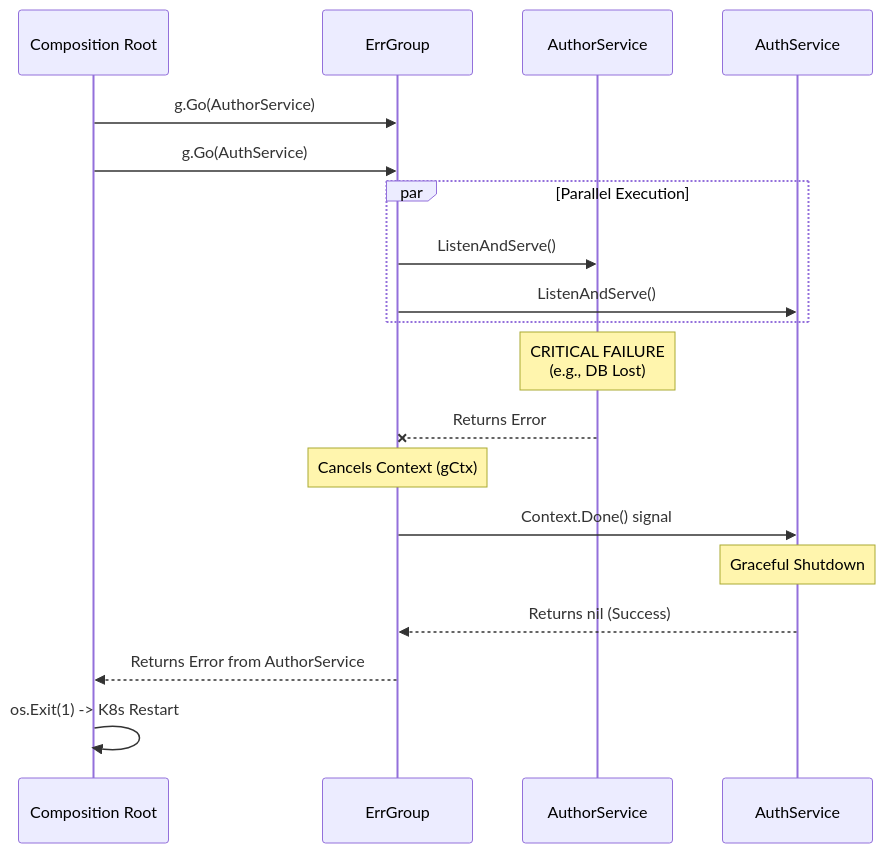
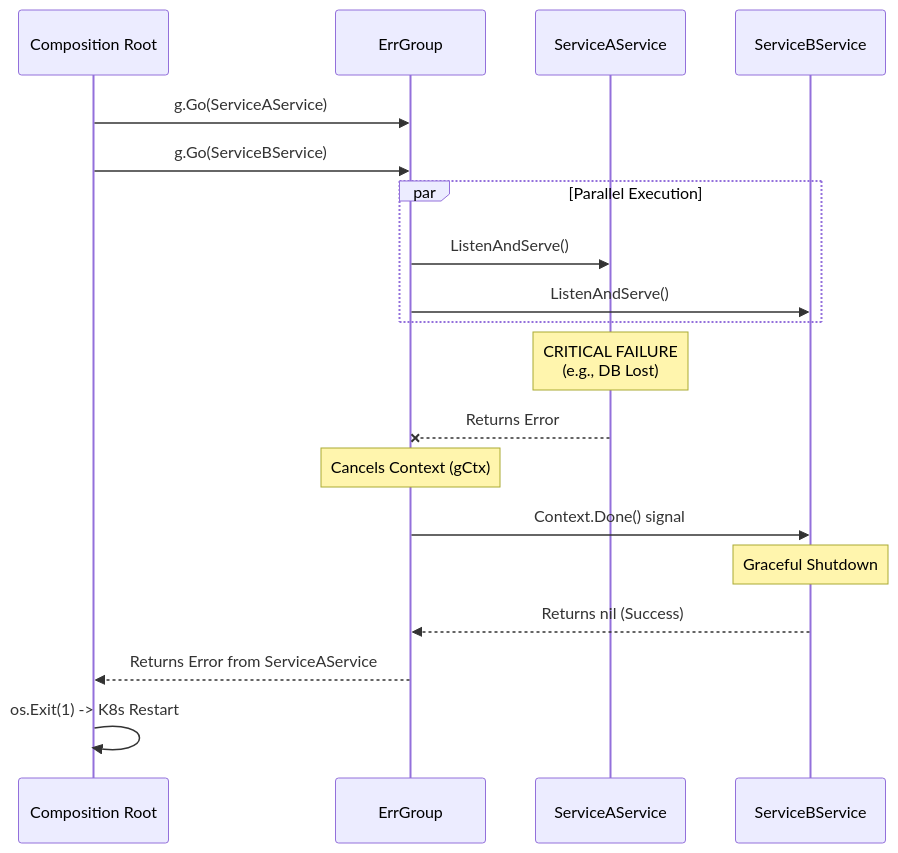
One commit to pivaldi/go-modular-monolith-white-paper changed the fourth of 5 diagrams in README.md. Above: the diagram before and after it, drawn with Mermaid. The commit also changed other lines of this file and 20 other files, not shown here.

Commit message:
Bridge to Contract Definition Architecture Refactoring

````diff
--- a/README.md
+++ b/README.md
@@ -377,27 +379,27 @@
 ```mermaid
 sequenceDiagram
     participant Main as Composition Root
     participant G as ErrGroup
-    participant A as AuthorService
-    participant B as AuthService
+    participant A as ServiceAService
+    participant B as ServiceBService
 
-    Main->>G: g.Go(AuthorService)
-    Main->>G: g.Go(AuthService)
+    Main->>G: g.Go(ServiceAService)
+    Main->>G: g.Go(ServiceBService)
 
     par Parallel Execution
         G->>A: ListenAndServe()
         G->>B: ListenAndServe()
     end
 
     Note over A: CRITICAL FAILURE<br/>(e.g., DB Lost)
     A--xG: Returns Error
 
     Note over G: Cancels Context (gCtx)
     G->>B: Context.Done() signal
 
     Note over B: Graceful Shutdown
     B-->>G: Returns nil (Success)
 
-    G-->>Main: Returns Error from AuthorService
+    G-->>Main: Returns Error from ServiceAService
     Main->>Main: os.Exit(1) -> K8s Restart
 ```
````
